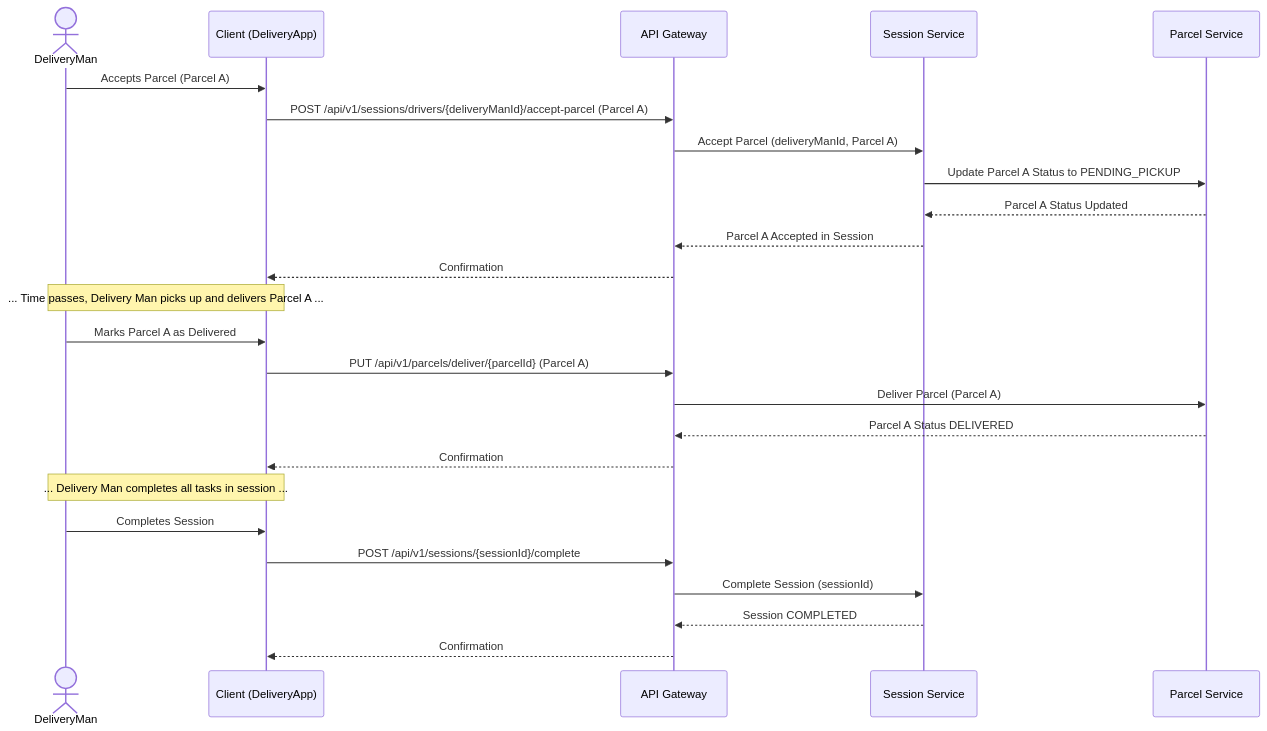
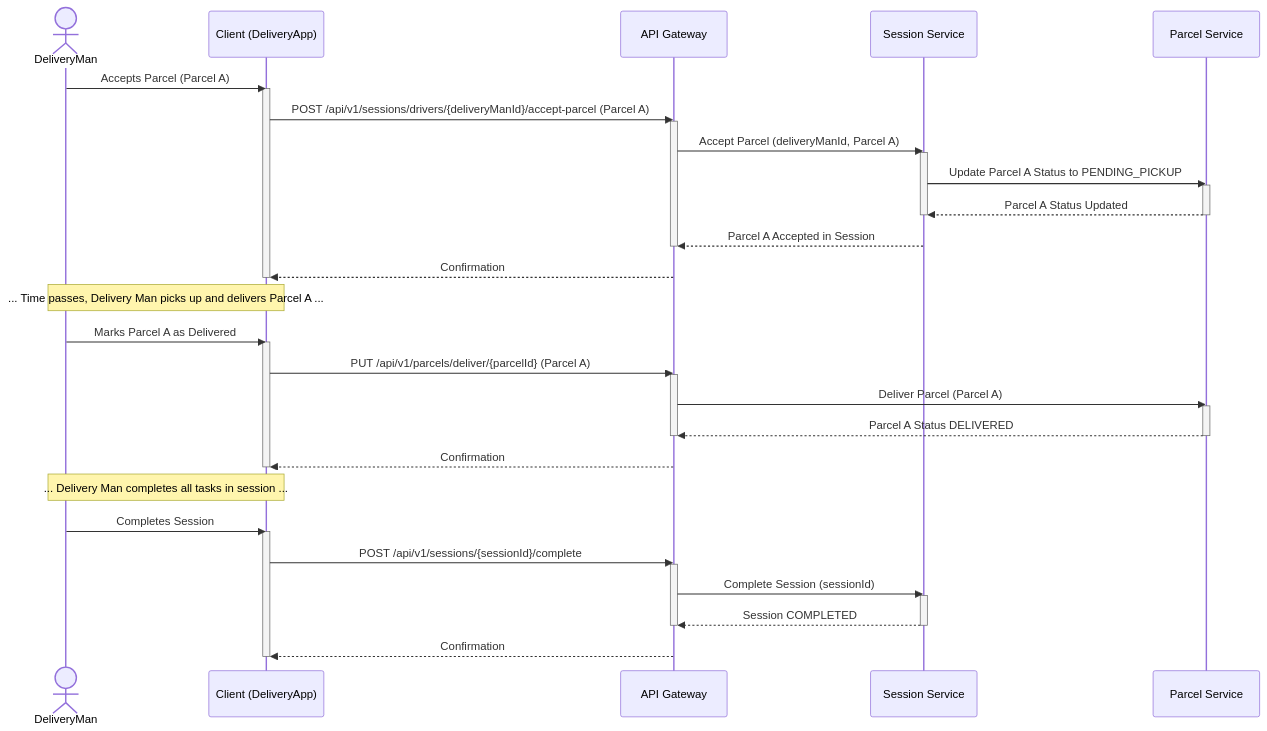
The eighth of 8 diagrams in reports/3_APIS_AND_FUNCTIONS/diagrams/parcel_workflows.md (hungdev11/Delivery-Coodinating-System-And-Delivery-App), drawn with Mermaid before and after one commit. The commit also changed other lines of this file and 11 other files, not shown here.

Commit message:
add processing bar for sequence diagram

````diff
--- a/reports/3_APIS_AND_FUNCTIONS/diagrams/parcel_workflows.md
+++ b/reports/3_APIS_AND_FUNCTIONS/diagrams/parcel_workflows.md
@@ -163,32 +213,52 @@
 ```mermaid
 sequenceDiagram
     actor DeliveryMan
     participant Client as Client (DeliveryApp)
     participant APIGateway as API Gateway
     participant SessionService as Session Service
     participant ParcelService as Parcel Service
 
     DeliveryMan->>Client: Accepts Parcel (Parcel A)
+    activate Client
     Client->>APIGateway: POST /api/v1/sessions/drivers/{deliveryManId}/accept-parcel (Parcel A)
+    activate APIGateway
     APIGateway->>SessionService: Accept Parcel (deliveryManId, Parcel A)
+    activate SessionService
     SessionService->>ParcelService: Update Parcel A Status to PENDING_PICKUP
+    activate ParcelService
     ParcelService-->>SessionService: Parcel A Status Updated
+    deactivate ParcelService
+    deactivate SessionService
     SessionService-->>APIGateway: Parcel A Accepted in Session
+    deactivate APIGateway
     APIGateway-->>Client: Confirmation
+    deactivate Client
 
     Note over DeliveryMan,Client: ... Time passes, Delivery Man picks up and delivers Parcel A ...
 
     DeliveryMan->>Client: Marks Parcel A as Delivered
+    activate Client
     Client->>APIGateway: PUT /api/v1/parcels/deliver/{parcelId} (Parcel A)
+    activate APIGateway
     APIGateway->>ParcelService: Deliver Parcel (Parcel A)
+    activate ParcelService
     ParcelService-->>APIGateway: Parcel A Status DELIVERED
+    deactivate ParcelService
+    deactivate APIGateway
     APIGateway-->>Client: Confirmation
+    deactivate Client
 
     Note over DeliveryMan,Client: ... Delivery Man completes all tasks in session ...
 
     DeliveryMan->>Client: Completes Session
+    activate Client
     Client->>APIGateway: POST /api/v1/sessions/{sessionId}/complete
+    activate APIGateway
     APIGateway->>SessionService: Complete Session (sessionId)
+    activate SessionService
     SessionService-->>APIGateway: Session COMPLETED
+    deactivate SessionService
+    deactivate APIGateway
     APIGateway-->>Client: Confirmation
+    deactivate Client
 ```
````
